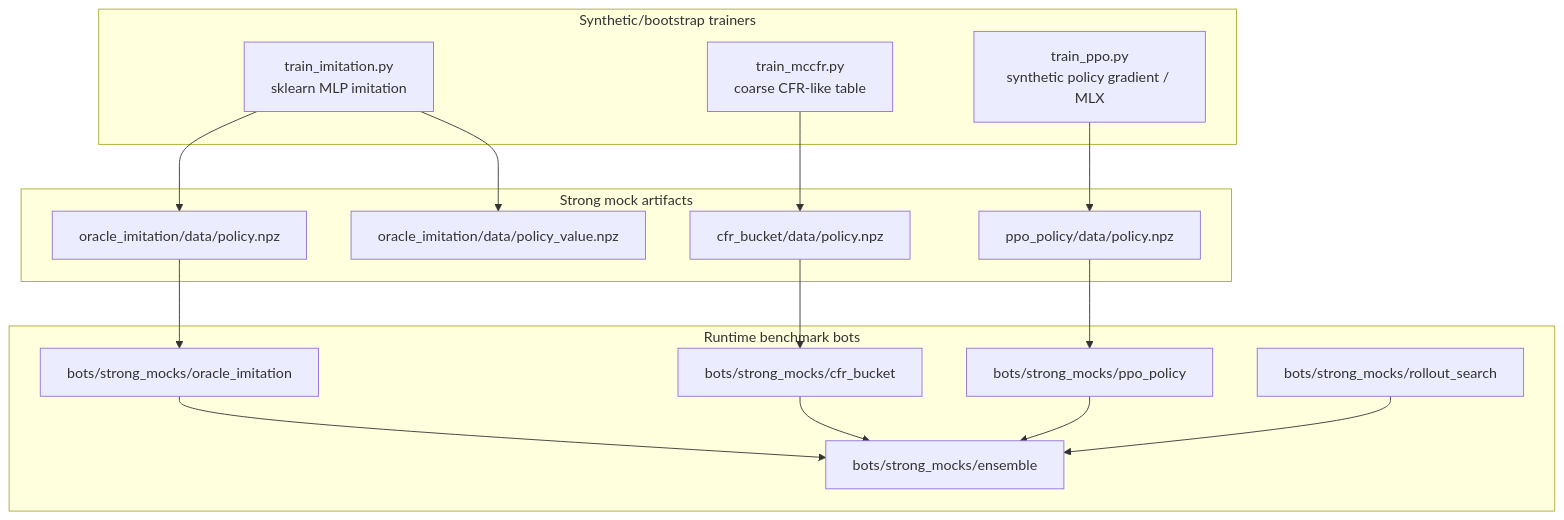
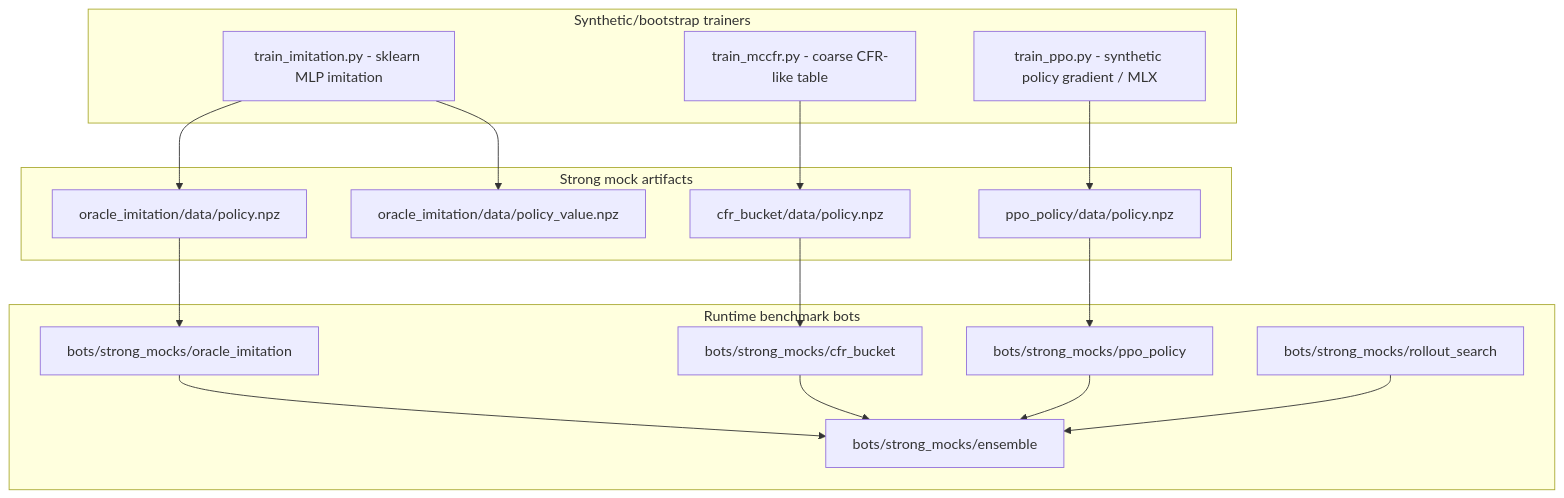
One commit to kosunghun317/fullhouse-engine changed the first of 3 diagrams in docs/strong-mock-self-training-pipeline.md. Above: the diagram before and after it, drawn with Mermaid. The commit also changed other lines of this file and 13 other files, not shown here.

Commit message:
docs: normalize mermaid diagrams

````diff
--- a/docs/strong-mock-self-training-pipeline.md
+++ b/docs/strong-mock-self-training-pipeline.md
@@ -98,35 +98,35 @@
 ```mermaid
-graph TB
+graph TD
     subgraph Bootstrap["Synthetic/bootstrap trainers"]
-        Imitation["train_imitation.py\nsklearn MLP imitation"]
-        MCCFR["train_mccfr.py\ncoarse CFR-like table"]
-        PPOBootstrap["train_ppo.py\nsynthetic policy gradient / MLX"]
+        Imitation["train_imitation.py - sklearn MLP imitation"]
+        MCCFR["train_mccfr.py - coarse CFR-like table"]
+        PPOBootstrap["train_ppo.py - synthetic policy gradient / MLX"]
     end
 
     subgraph Artifacts["Strong mock artifacts"]
         Oracle["oracle_imitation/data/policy.npz"]
         OracleValue["oracle_imitation/data/policy_value.npz"]
         CFR["cfr_bucket/data/policy.npz"]
         PPO["ppo_policy/data/policy.npz"]
     end
 
     subgraph Runtime["Runtime benchmark bots"]
         OracleBot["bots/strong_mocks/oracle_imitation"]
         CFRBot["bots/strong_mocks/cfr_bucket"]
         PPOBot["bots/strong_mocks/ppo_policy"]
         Rollout["bots/strong_mocks/rollout_search"]
         Ensemble["bots/strong_mocks/ensemble"]
     end
 
     Imitation --> Oracle
     Imitation --> OracleValue
     MCCFR --> CFR
     PPOBootstrap --> PPO
     Oracle --> OracleBot
     CFR --> CFRBot
     PPO --> PPOBot
     OracleBot --> Ensemble
     CFRBot --> Ensemble
     PPOBot --> Ensemble
     Rollout --> Ensemble
 ```
````
